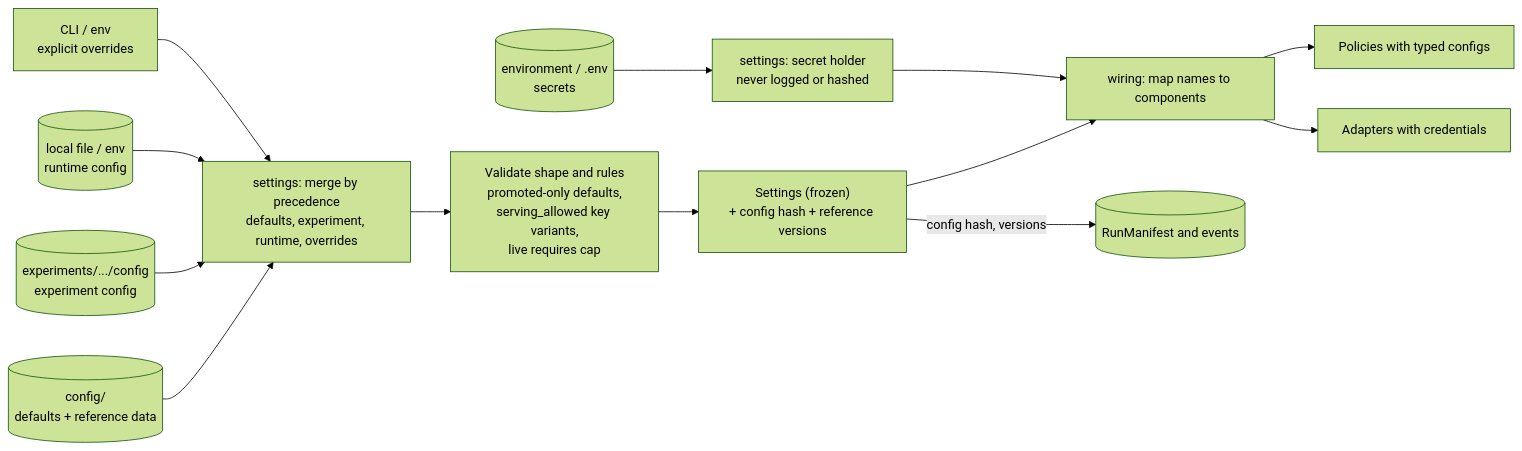
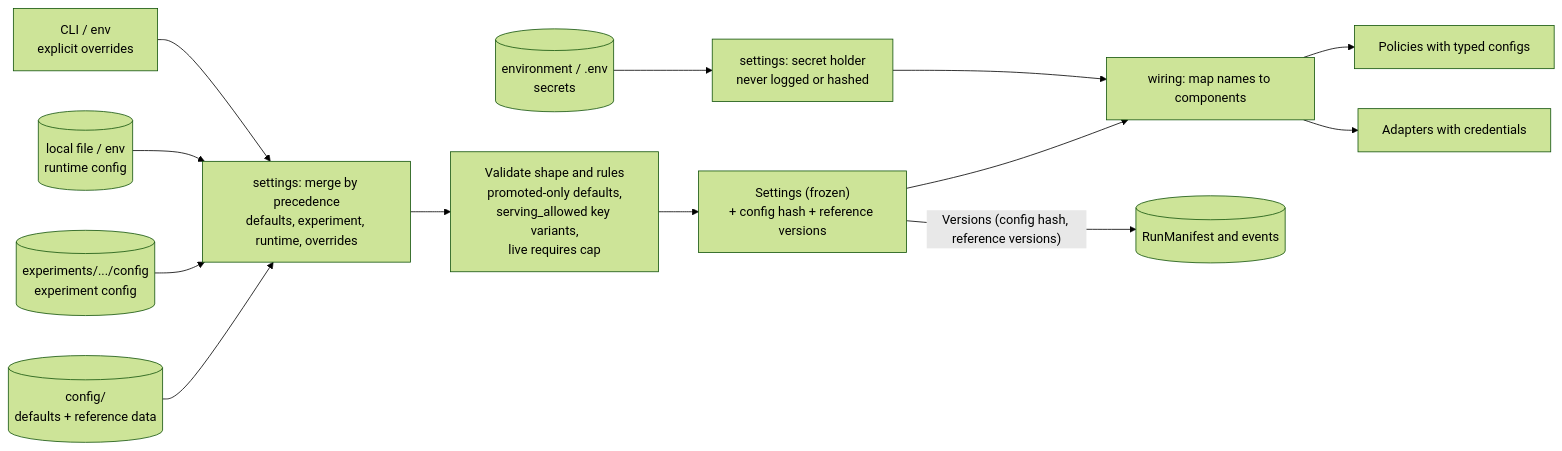
The diagram in docs/architecture/configuration.md (mahyamotamedi/metis-auto), drawn with Mermaid (forest theme) before and after one commit. The commit also changed 47 other files, not shown here.

````diff
--- a/docs/architecture/configuration.md
+++ b/docs/architecture/configuration.md
@@ -25,16 +25,16 @@
 ```mermaid
 %% Question: how are config layers merged, how do secrets travel separately, and how does config become components?
 flowchart LR
     defaults[("config/<br/>defaults + reference data")] --> merge
     exp[("experiments/.../config<br/>experiment config")] --> merge
     runtime[("local file / env<br/>runtime config")] --> merge
     over["CLI / env<br/>explicit overrides"] --> merge
     merge["settings: merge by precedence<br/>defaults, experiment, runtime, overrides"] --> validate["Validate shape and rules<br/>promoted-only defaults,<br/>serving_allowed key variants,<br/>live requires cap"]
     validate --> frozen["Settings (frozen)<br/>+ config hash + reference versions"]
     envsec[("environment / .env<br/>secrets")] --> secrets["settings: secret holder<br/>never logged or hashed"]
     frozen --> wiring["wiring: map names to components"]
     secrets --> wiring
     wiring --> comps["Policies with typed configs"]
     wiring --> adapters["Adapters with credentials"]
-    frozen -- "config hash, versions" --> manifest[("RunManifest and events")]
+    frozen -- "Versions (config hash, reference versions)" --> manifest[("RunManifest and events")]
 ```
````
